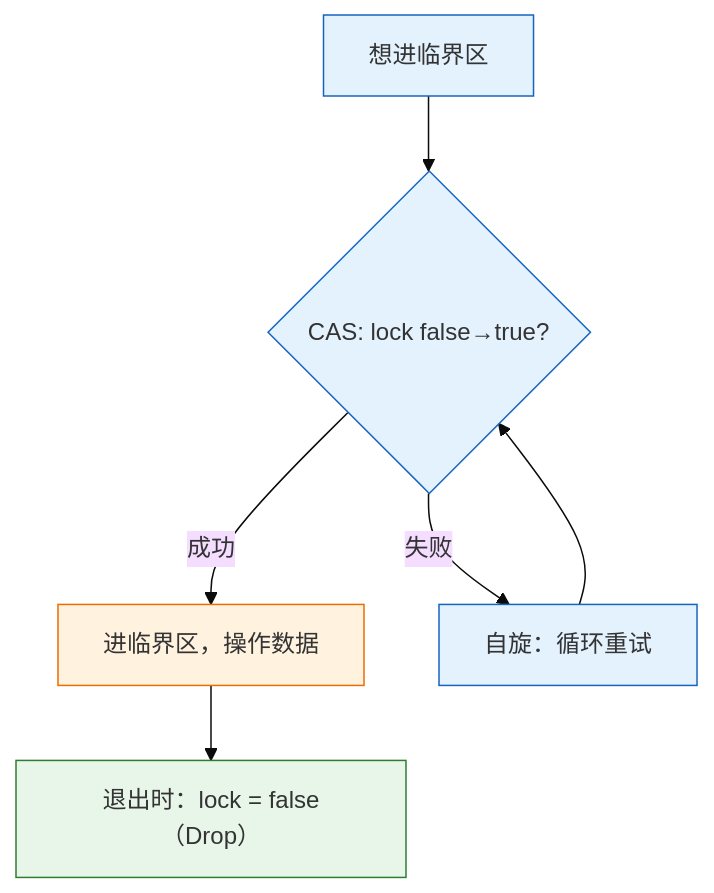
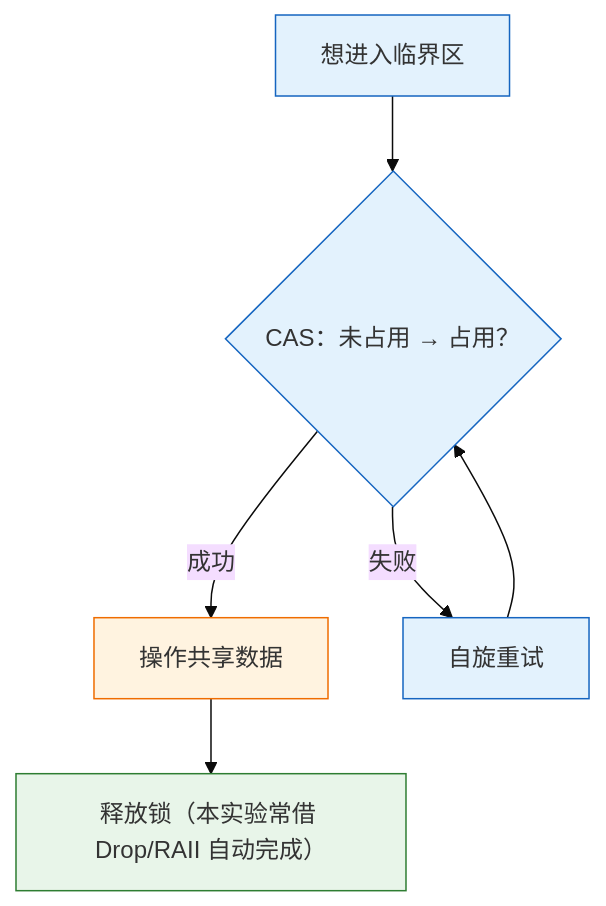
One commit to AM-SuSh/EVOLVE changed the fourth of 4 diagrams in os-lab/labs/lab5-fs-and-sync.md. Above: the diagram before and after it, drawn with Mermaid (base theme). The commit also changed other lines of this file and 23 other files, not shown here.

````diff
--- a/os-lab/labs/lab5-fs-and-sync.md
+++ b/os-lab/labs/lab5-fs-and-sync.md
@@ -128,15 +158,15 @@
 ```mermaid
 graph TD
-    S["想进临界区"] --> T{"CAS: lock false→true?"}
-    T -->|成功| In["进临界区，操作数据"]
-    T -->|失败| Spin["自旋：循环重试"]
+    S["想进入临界区"] --> T{"CAS：未占用 → 占用？"}
+    T -->|成功| In["操作共享数据"]
+    T -->|失败| Spin["自旋重试"]
     Spin --> T
-    In --> D["退出时：lock = false（Drop）"]
+    In --> D["释放锁（本实验常借 Drop/RAII 自动完成）"]
 
     classDef try fill:#e3f2fd,stroke:#1565c0;
     classDef critical fill:#fff3e0,stroke:#ef6c00;
     classDef release fill:#e8f5e9,stroke:#2e7d32;
     class S,T,Spin try;
     class In critical;
     class D release;
 ```
````
